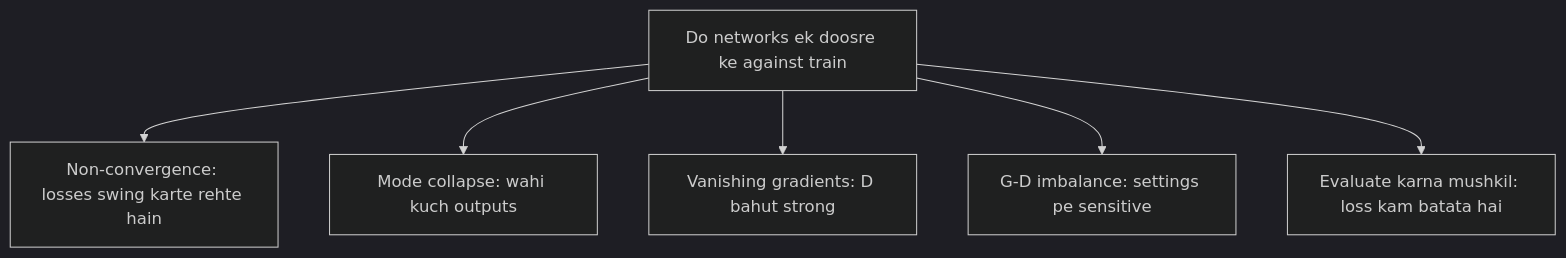
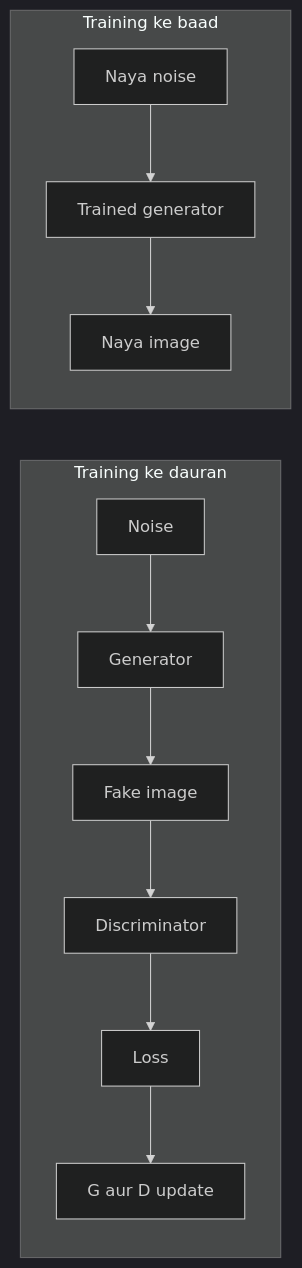
One commit to TrendySloth1001/sem-seven-notes changed the third of 4 diagrams in content/deep-learning/notes/gan.hi.mdx. Above: the diagram before and after it, drawn with Mermaid (dark theme). The commit also changed other lines of this file and 168 other files, not shown here.

````diff
--- a/content/deep-learning/notes/gan.hi.mdx
+++ b/content/deep-learning/notes/gan.hi.mdx
@@ -238,9 +127,10 @@
 ```mermaid
-%% caption: Vanilla GANs ki main problems. Inme se zyaadatar ek hi root cause se aati hain: do networks opposite directions mein kheench rahe hain.
-flowchart TD
-  R["Do networks ek doosre ke against train"] --> A["Non-convergence: losses swing karte rehte hain"]
-  R --> B["Mode collapse: wahi kuch outputs"]
-  R --> C["Vanishing gradients: D bahut strong"]
-  R --> E["G-D imbalance: settings pe sensitive"]
-  R --> F["Evaluate karna mushkil: loss kam batata hai"]
+%% caption: Training ke dauran dono networks feedback loop ke saath kaam karte hain. Training ke baad sirf generator use hota hai.
+flowchart LR
+  subgraph T["Training ke dauran"]
+    A["Noise"] --> B["Generator"] --> C["Fake image"] --> D["Discriminator"] --> E["Loss"] --> F["G aur D update"]
+  end
+  subgraph U["Training ke baad"]
+    X["Naya noise"] --> Y["Trained generator"] --> Z["Naya image"]
+  end
 ```
````
